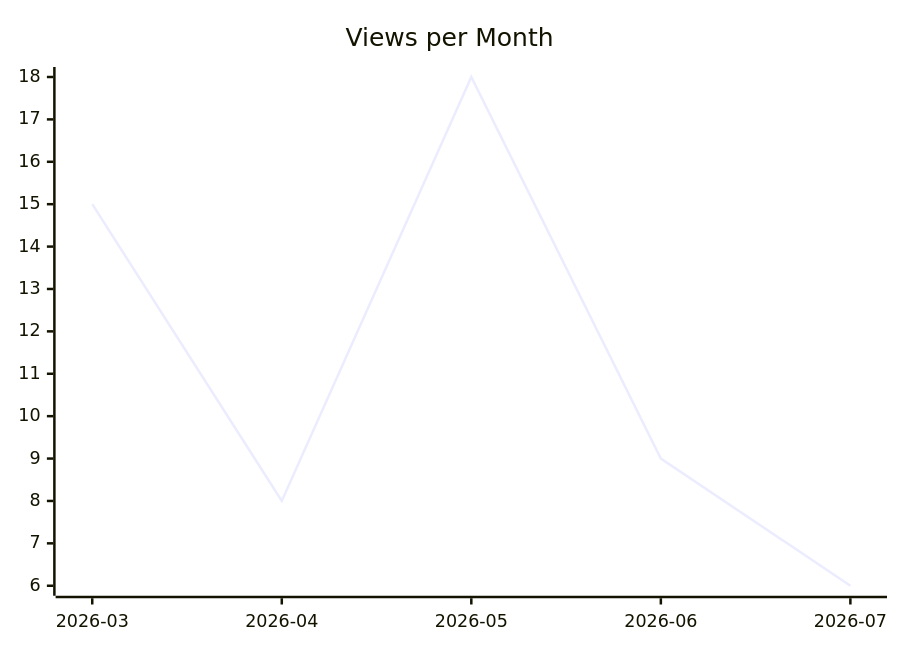
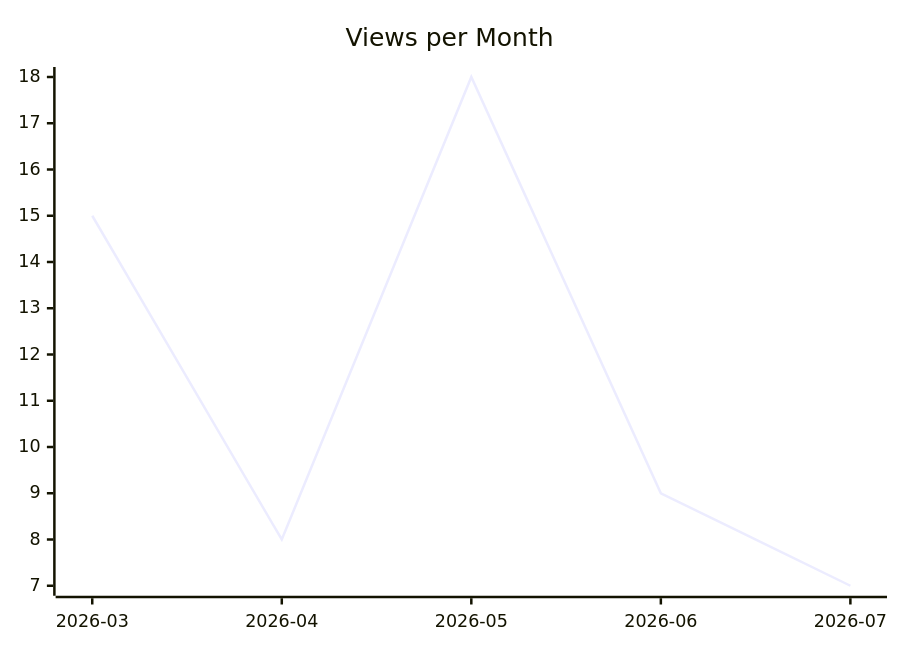
One commit to justdavis-family/github-analytics-data changed the second of 3 diagrams in karlmdavis/xmlpull/README.md. Above: the diagram before and after it, drawn with Mermaid. The commit also changed other lines of this file and 166 other files, not shown here.

````diff
--- a/karlmdavis/xmlpull/README.md
+++ b/karlmdavis/xmlpull/README.md
@@ -12,6 +12,6 @@
 ```mermaid
 xychart-beta
   title "Views per Month"
   x-axis ["2026-03", "2026-04", "2026-05", "2026-06", "2026-07"]
-  line [15, 8, 18, 9, 6]
+  line [15, 8, 18, 9, 7]
 ```
````
